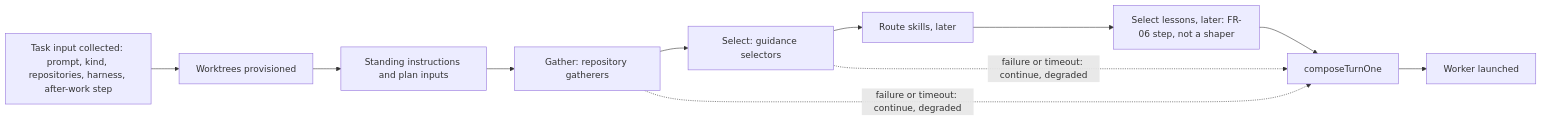
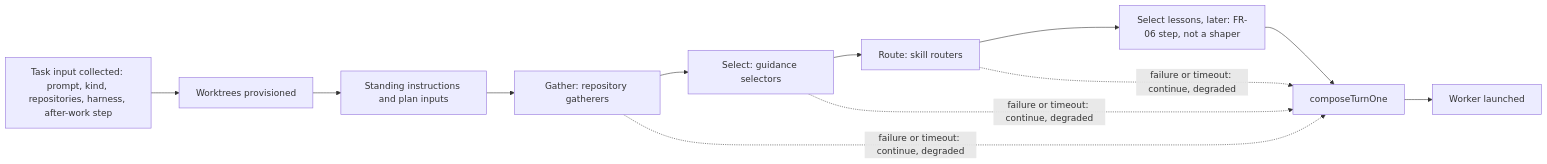
One commit to teamupstart/mission-control changed the diagram in docs/plans/task-shaping/plan.md. Above: the diagram before and after it, drawn with Mermaid. The commit also changed other lines of this file and 6 other files, not shown here.

````diff
--- a/docs/plans/task-shaping/plan.md
+++ b/docs/plans/task-shaping/plan.md
@@ -68,13 +81,14 @@
 ```mermaid
 flowchart LR
   A[Task input collected: prompt, kind, repositories, harness, after-work step] --> B[Worktrees provisioned]
   B --> C[Standing instructions and plan inputs]
   C --> S1[Gather: repository gatherers]
   S1 --> S2[Select: guidance selectors]
-  S2 --> S3[Route skills, later]
+  S2 --> S3[Route: skill routers]
   S3 --> L[Select lessons, later: FR-06 step, not a shaper]
   L --> D[composeTurnOne]
   D --> E[Worker launched]
   S1 -. failure or timeout: continue, degraded .-> D
   S2 -. failure or timeout: continue, degraded .-> D
+  S3 -. failure or timeout: continue, degraded .-> D
 ```
````
